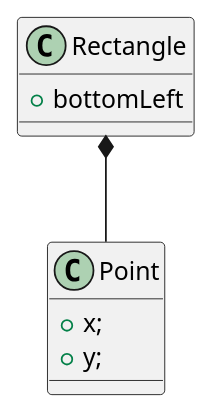
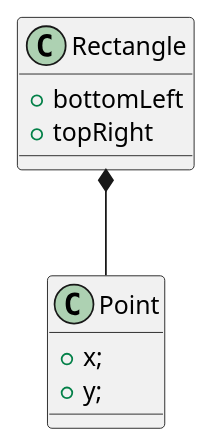
One commit to orm-camp-flutter-2ki/learn_dart_together changed the diagram in lib/240312/Inherit/diagrams/Rectangle.puml. Above: the diagram before and after it, drawn with PlantUML. The commit also changed 2 other files, not shown here.

```diff
--- a/lib/240312/Inherit/diagrams/Rectangle.puml
+++ b/lib/240312/Inherit/diagrams/Rectangle.puml
@@ -1,14 +1,15 @@
 @startuml
 
 class Rectangle{
   +bottomLeft
+  +topRight
 }
 
 class Point {
   +x;
   +y;
 }
 
 Rectangle *-- Point
 
 @enduml
```
